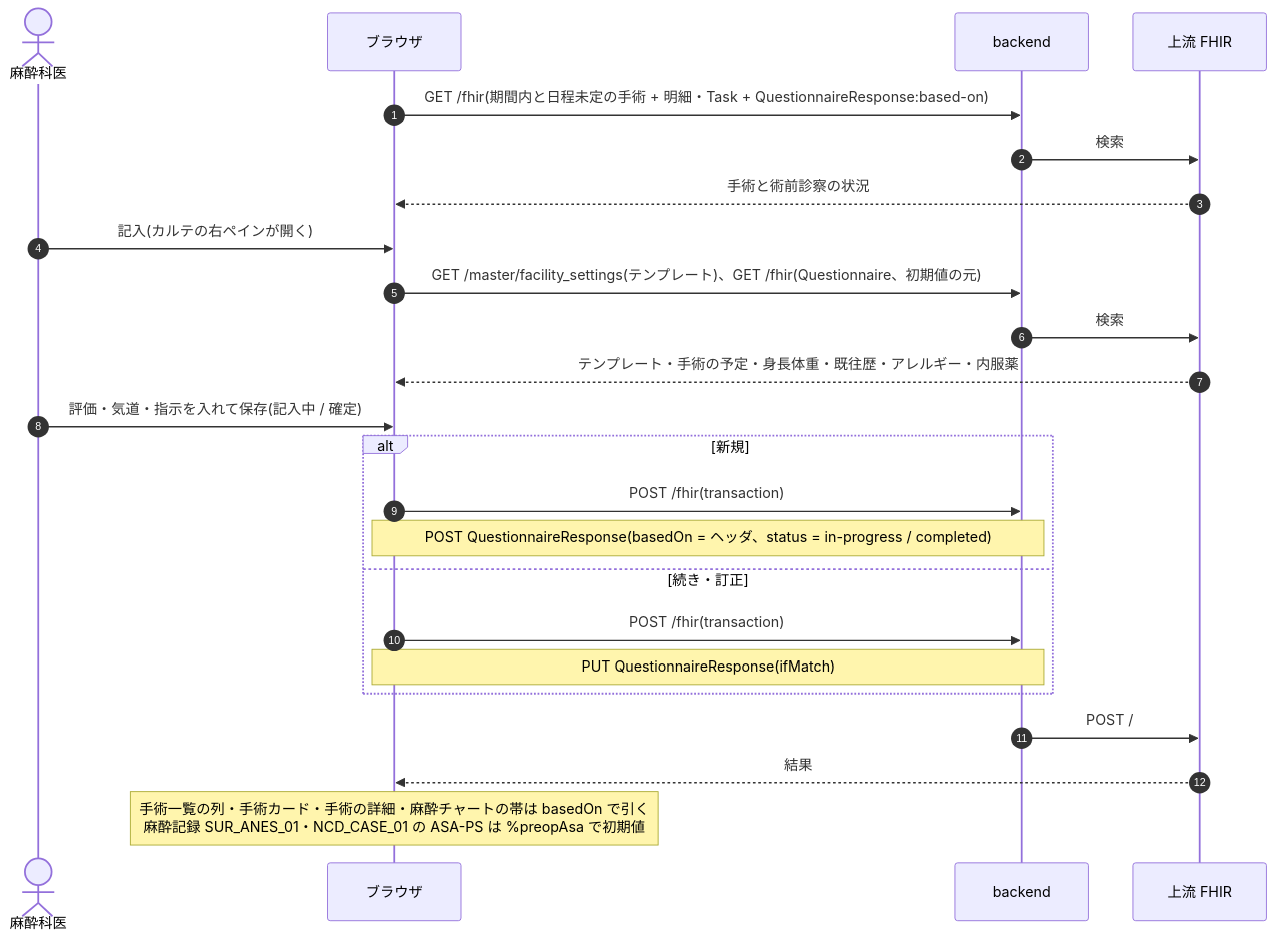
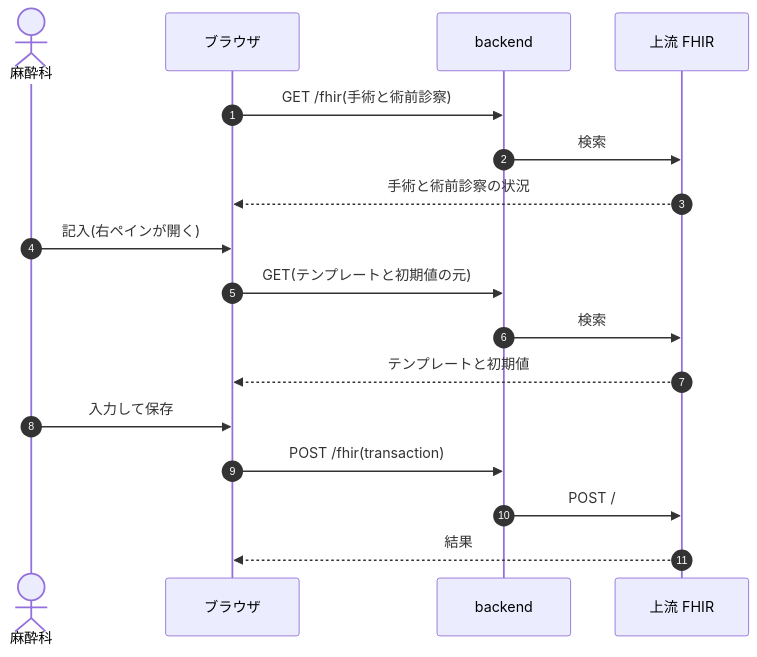
Before and after one commit to ysnr-dev/fhir-client-docs: the ninth of 13 diagrams in docs/dev/surgery.md, drawn with Mermaid. The commit also changed other lines of this file and 43 other files, not shown here.

Commit message:
docs: 業務フローとシーケンス図を写し直し

````diff
--- a/docs/dev/surgery.md
+++ b/docs/dev/surgery.md
@@ -167,27 +335,20 @@
 ```mermaid
 sequenceDiagram
   autonumber
-  actor An as 麻酔科医
+  actor An as 麻酔科
   participant UI as ブラウザ
   participant BE as backend
   participant FHIR as 上流 FHIR
 
-  UI->>BE: GET /fhir(期間内と日程未定の手術 + 明細・Task + QuestionnaireResponse:based-on)
+  UI->>BE: GET /fhir(手術と術前診察)
   BE->>FHIR: 検索
   FHIR-->>UI: 手術と術前診察の状況
-  An->>UI: 記入(カルテの右ペインが開く)
-  UI->>BE: GET /master/facility_settings(テンプレート)、GET /fhir(Questionnaire、初期値の元)
+  An->>UI: 記入(右ペインが開く)
+  UI->>BE: GET(テンプレートと初期値の元)
   BE->>FHIR: 検索
-  FHIR-->>UI: テンプレート・手術の予定・身長体重・既往歴・アレルギー・内服薬
-  An->>UI: 評価・気道・指示を入れて保存(記入中 / 確定)
-  alt 新規
-    UI->>BE: POST /fhir(transaction)
-    Note over UI,BE: POST QuestionnaireResponse(basedOn = ヘッダ、status = in-progress / completed)
-  else 続き・訂正
-    UI->>BE: POST /fhir(transaction)
-    Note over UI,BE: PUT QuestionnaireResponse(ifMatch)
-  end
+  FHIR-->>UI: テンプレートと初期値
+  An->>UI: 入力して保存
+  UI->>BE: POST /fhir(transaction)
   BE->>FHIR: POST /
   FHIR-->>UI: 結果
-  Note over UI: 手術一覧の列・手術カード・手術の詳細・麻酔チャートの帯は basedOn で引く<br/>麻酔記録 SUR_ANES_01・NCD_CASE_01 の ASA-PS は %preopAsa で初期値
 ```
````
